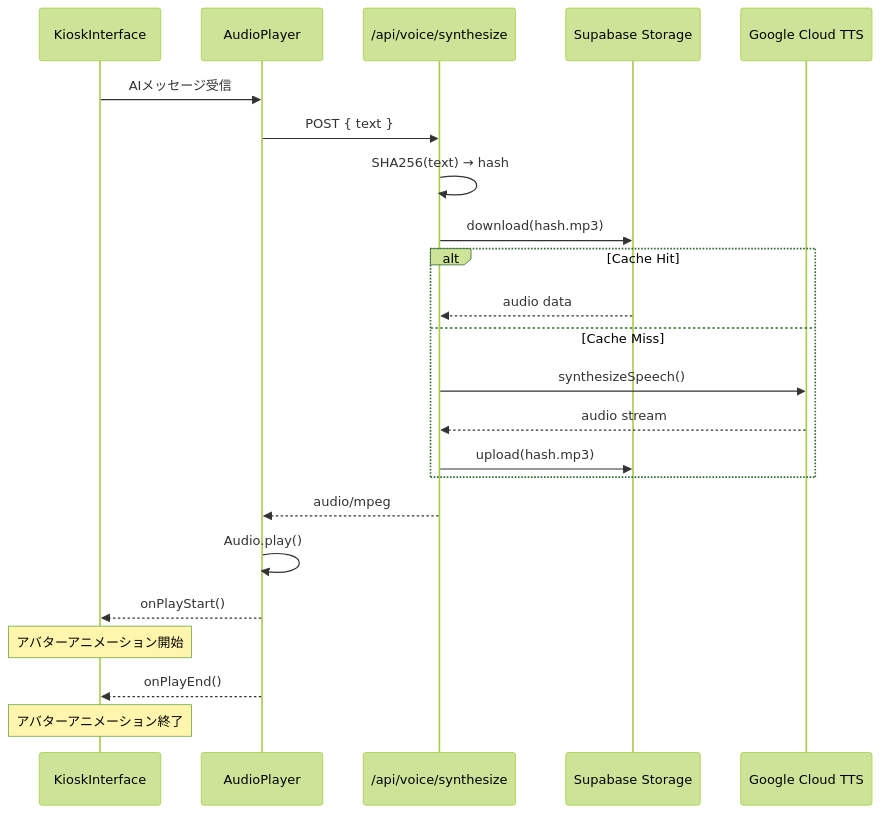
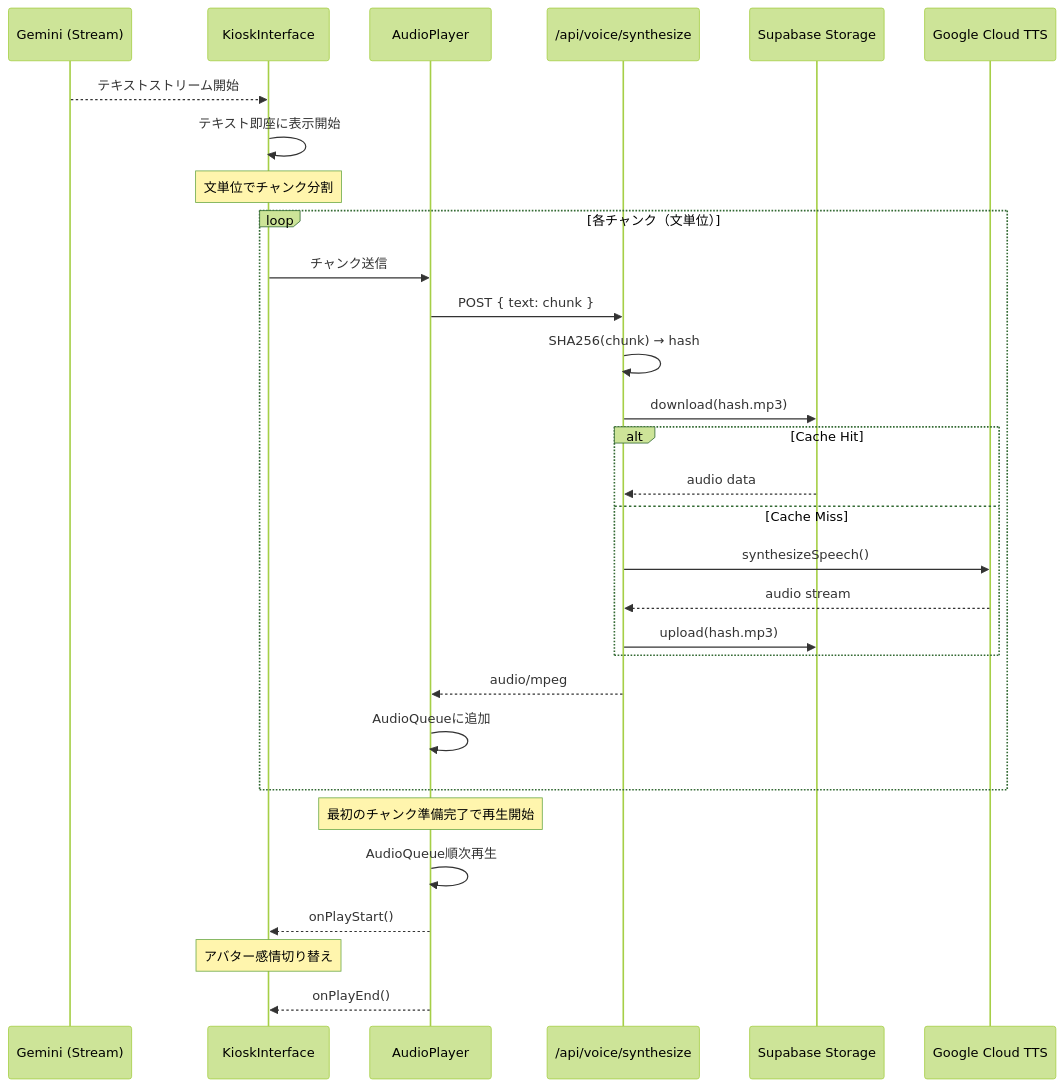
Before and after one commit to koma-ry1117/madoguchi-ai: the second of 2 diagrams in .kiro/specs/voice-io/design.md, drawn with Mermaid (forest theme). The commit also changed other lines of this file and 2 other files, not shown here.

````diff
--- a/.kiro/specs/voice-io/design.md
+++ b/.kiro/specs/voice-io/design.md
@@ -86,28 +88,38 @@
 ```mermaid
 sequenceDiagram
+    participant AI as Gemini (Stream)
     participant Kiosk as KioskInterface
     participant AP as AudioPlayer
     participant API as /api/voice/synthesize
     participant Cache as Supabase Storage
     participant GC as Google Cloud TTS
 
-    Kiosk->>AP: AIメッセージ受信
-    AP->>API: POST { text }
-    API->>API: SHA256(text) → hash
-    API->>Cache: download(hash.mp3)
+    AI-->>Kiosk: テキストストリーム開始
+    Kiosk->>Kiosk: テキスト即座に表示開始
 
-    alt Cache Hit
-        Cache-->>API: audio data
-    else Cache Miss
-        API->>GC: synthesizeSpeech()
-        GC-->>API: audio stream
-        API->>Cache: upload(hash.mp3)
+    Note over Kiosk: 文単位でチャンク分割
+
+    loop 各チャンク（文単位）
+        Kiosk->>AP: チャンク送信
+        AP->>API: POST { text: chunk }
+        API->>API: SHA256(chunk) → hash
+        API->>Cache: download(hash.mp3)
+
+        alt Cache Hit
+            Cache-->>API: audio data
+        else Cache Miss
+            API->>GC: synthesizeSpeech()
+            GC-->>API: audio stream
+            API->>Cache: upload(hash.mp3)
+        end
+
+        API-->>AP: audio/mpeg
+        AP->>AP: AudioQueueに追加
     end
 
-    API-->>AP: audio/mpeg
-    AP->>AP: Audio.play()
+    Note over AP: 最初のチャンク準備完了で再生開始
+    AP->>AP: AudioQueue順次再生
     AP-->>Kiosk: onPlayStart()
-    Note over Kiosk: アバターアニメーション開始
+    Note over Kiosk: アバター感情切り替え
     AP-->>Kiosk: onPlayEnd()
-    Note over Kiosk: アバターアニメーション終了
 ```
````
